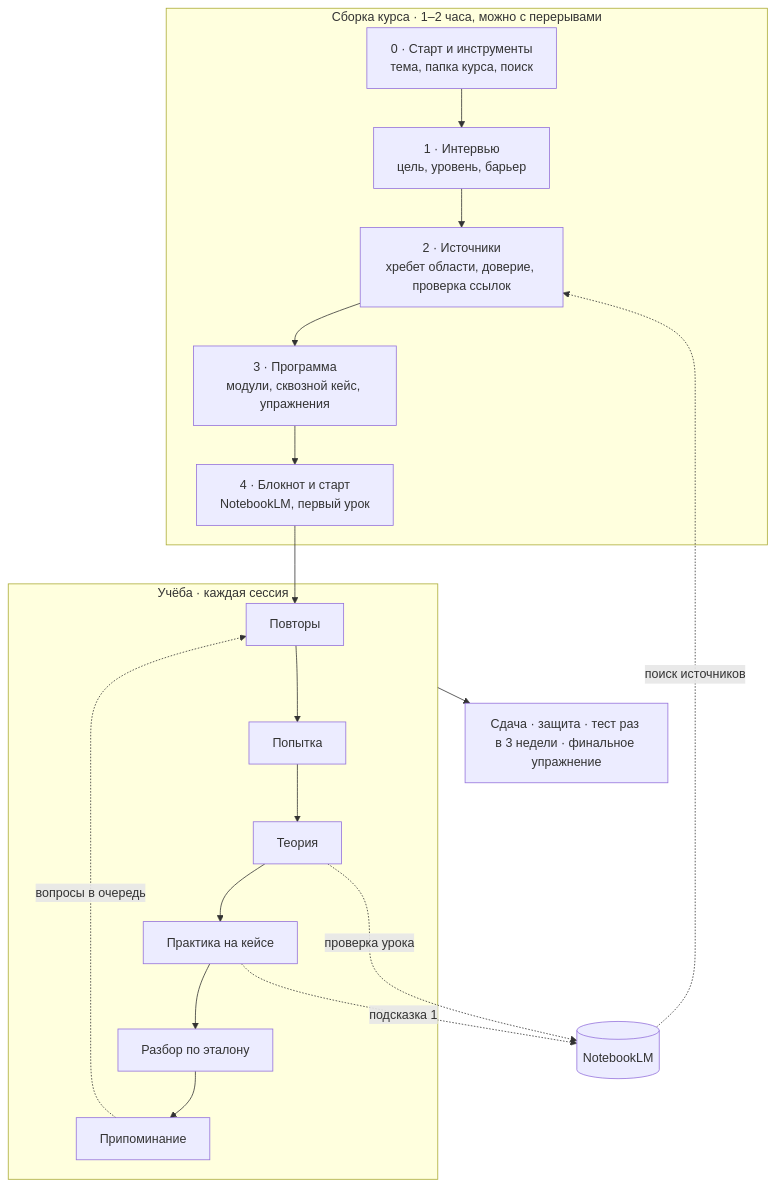
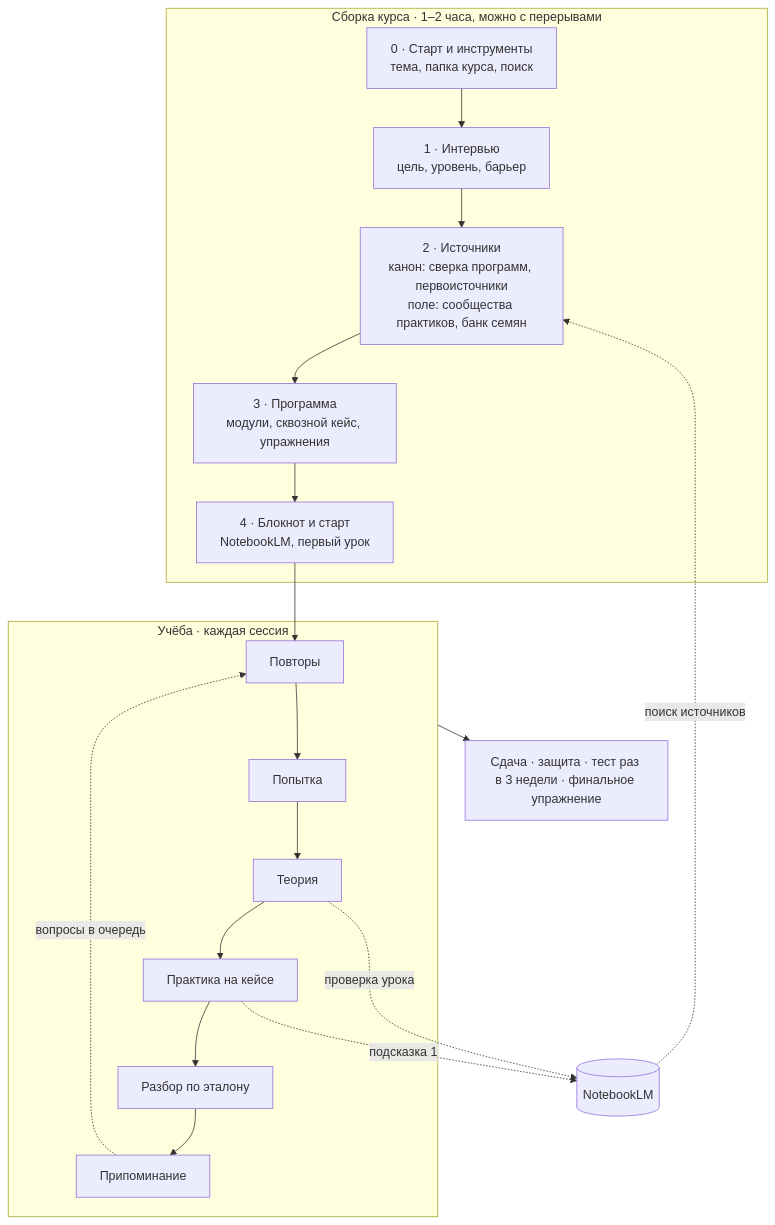
The diagram in README.md (kaspruknikita-tech/course-builder), drawn with Mermaid before and after one commit. The commit also changed other lines of this file and 20 other files, not shown here.

First line of the commit message:
course-builder 1.1: источники в два слоя — канон и поле

````diff
--- a/README.md
+++ b/README.md
@@ -81,21 +109,21 @@
 ```mermaid
 flowchart TD
     subgraph BUILD["Сборка курса · 1–2 часа, можно с перерывами"]
         S0["0 · Старт и инструменты<br/>тема, папка курса, поиск"]
         S1["1 · Интервью<br/>цель, уровень, барьер"]
-        S2["2 · Источники<br/>хребет области, доверие, проверка ссылок"]
+        S2["2 · Источники<br/>канон: сверка программ, первоисточники<br/>поле: сообщества практиков, банк семян"]
         S3["3 · Программа<br/>модули, сквозной кейс, упражнения"]
         S4["4 · Блокнот и старт<br/>NotebookLM, первый урок"]
         S0 --> S1 --> S2 --> S3 --> S4
     end
     subgraph LEARN["Учёба · каждая сессия"]
         R["Повторы"] --> A["Попытка"] --> T["Теория"] --> P["Практика на кейсе"] --> D["Разбор по эталону"] --> M["Припоминание"]
         M -.->|вопросы в очередь| R
     end
     S4 --> R
     NB[("NotebookLM")]
     NB -.->|поиск источников| S2
     T -.->|проверка урока| NB
     P -.->|подсказка 1| NB
     LEARN --> CHK["Сдача · защита · тест раз в 3 недели · финальное упражнение"]
 ```
````
